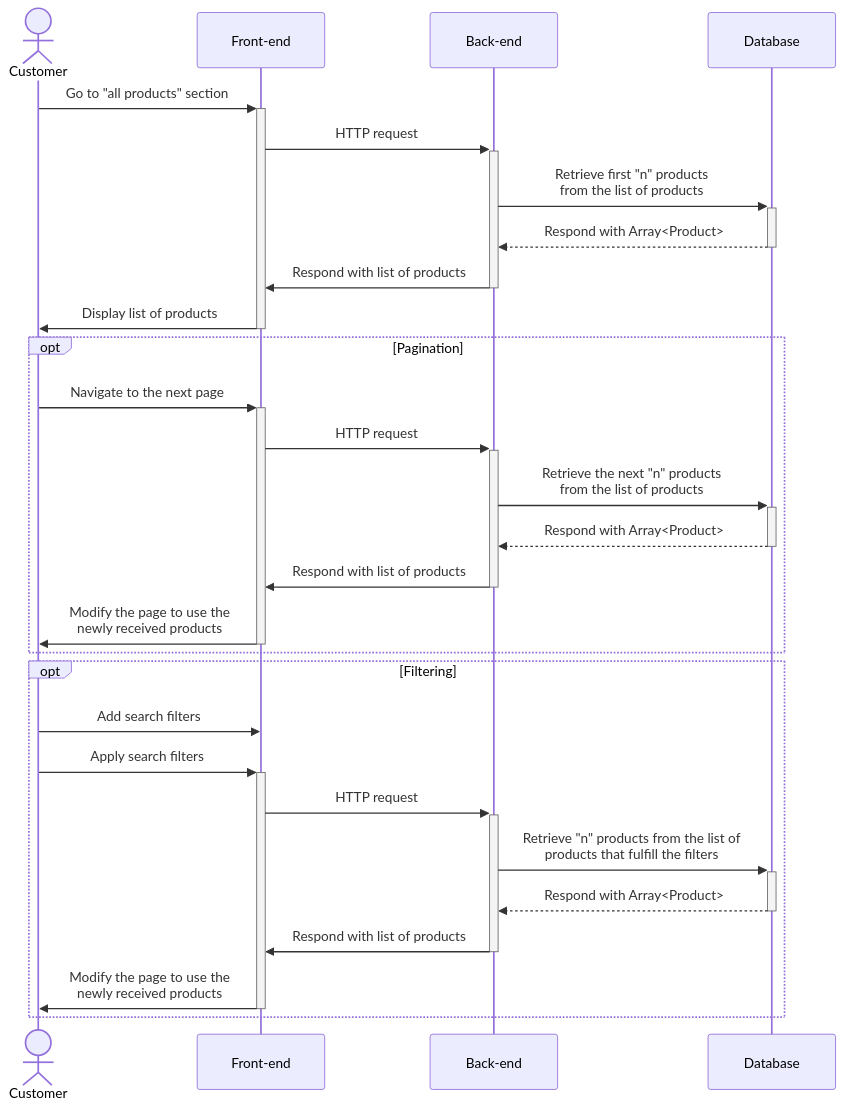
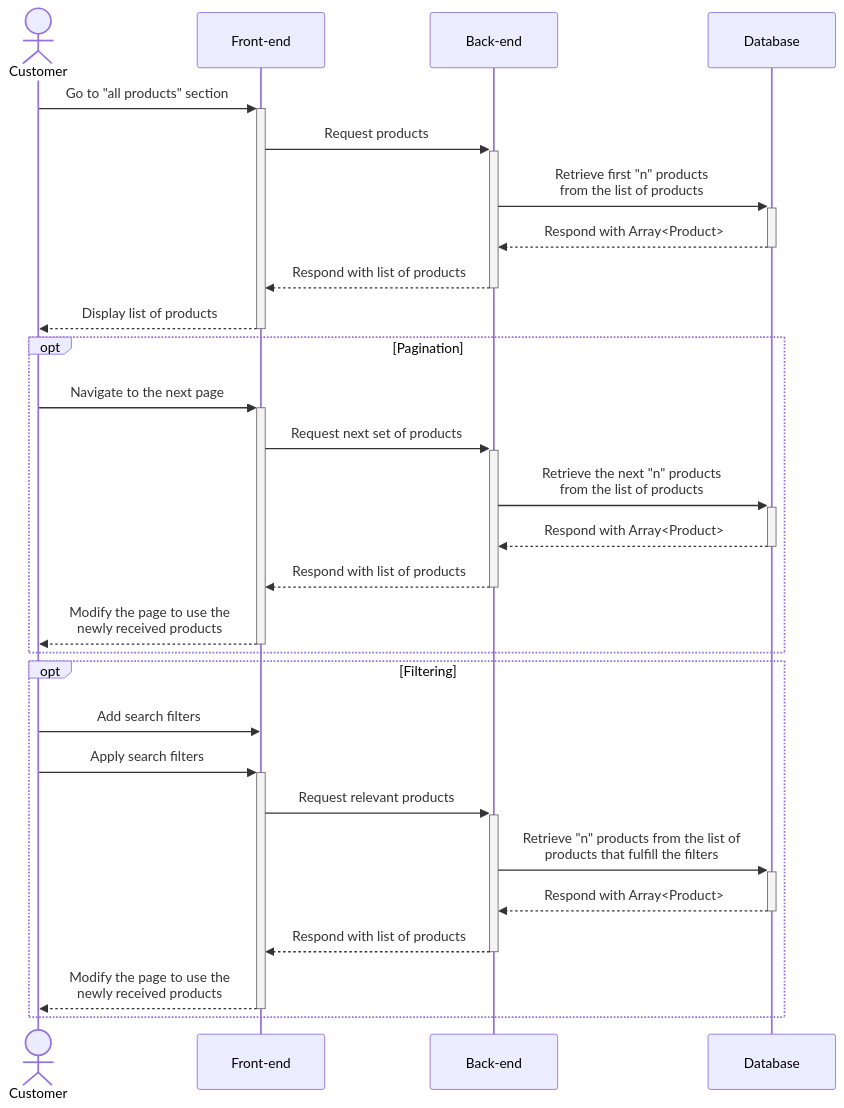
Before and after one commit to MCBUKimono/docs: the diagram in sequence_3_browsing_products.mermaid, drawn with Mermaid. The commit also changed 5 other files, not shown here.

```diff
--- a/sequence_3_browsing_products.mermaid
+++ b/sequence_3_browsing_products.mermaid
@@ -1,31 +1,31 @@
 sequenceDiagram
     actor Customer
     participant FE as Front-end
     participant BE as Back-end
     participant DB as Database
 
     Customer ->>+ FE: Go to "all products" section
-    FE ->>+ BE: HTTP request
+    FE ->>+ BE: Request products
     BE ->>+ DB: Retrieve first "n" products<br>from the list of products
     DB -->>- BE: Respond with Array<Product>
-    BE ->>- FE: Respond with list of products
-    FE ->>- Customer: Display list of products
+    BE -->>- FE: Respond with list of products
+    FE -->>- Customer: Display list of products
 
     opt Pagination
         Customer ->>+ FE: Navigate to the next page
-        FE ->>+ BE: HTTP request
+        FE ->>+ BE: Request next set of products
         BE ->>+ DB: Retrieve the next "n" products<br>from the list of products
         DB -->>- BE: Respond with Array<Product>
-        BE ->>- FE: Respond with list of products
-        FE ->>- Customer: Modify the page to use the<br>newly received products
+        BE -->>- FE: Respond with list of products
+        FE -->>- Customer: Modify the page to use the<br>newly received products
     end
 
     opt Filtering
         Customer ->> FE: Add search filters
         Customer ->>+ FE: Apply search filters
-        FE ->>+ BE: HTTP request
+        FE ->>+ BE: Request relevant products
         BE ->>+ DB: Retrieve "n" products from the list of<br>products that fulfill the filters
         DB -->>- BE: Respond with Array<Product>
-        BE ->>- FE: Respond with list of products
-        FE ->>- Customer: Modify the page to use the<br>newly received products
+        BE -->>- FE: Respond with list of products
+        FE -->>- Customer: Modify the page to use the<br>newly received products
     end
```
